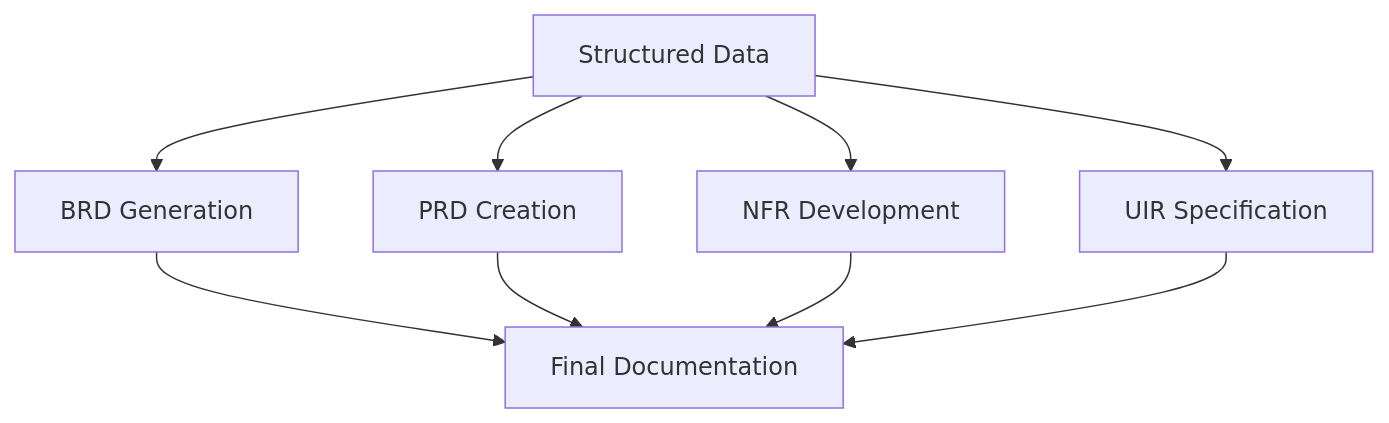
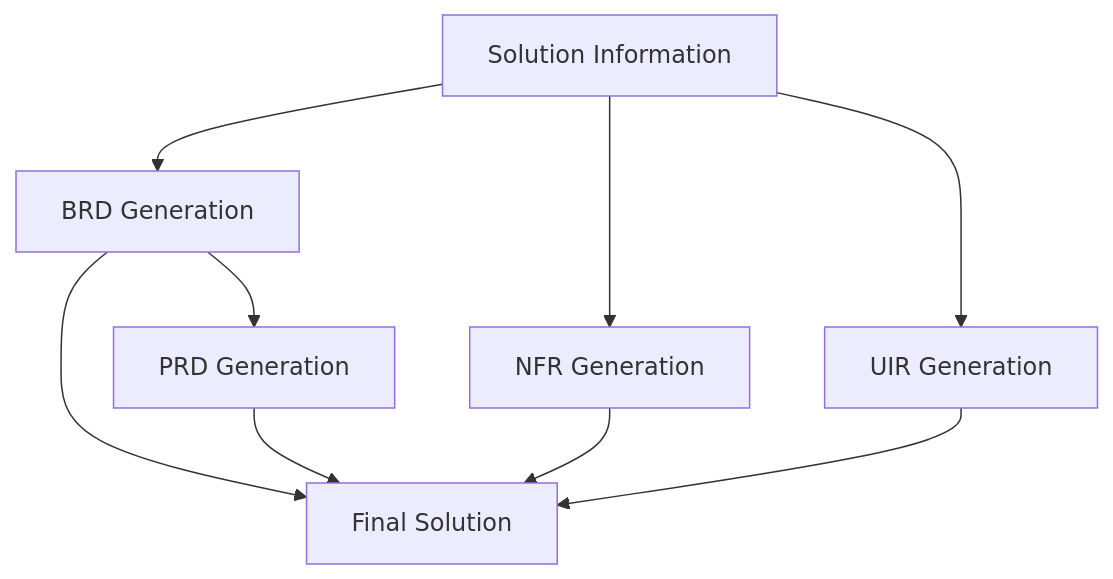
Before and after one commit to presidio-oss/specif-ai: the diagram in docs/advanced-features.md, drawn with Mermaid. The commit also changed other lines of this file and 4 other files, not shown here.

````diff
--- a/docs/advanced-features.md
+++ b/docs/advanced-features.md
@@ -36,11 +70,11 @@
-   ```mermaid
-   graph TD
-     A[Structured Data] --> B[BRD Generation]
-     A --> C[PRD Creation]
-     A --> D[NFR Development]
-     A --> E[UIR Specification]
-     B --> F[Final Documentation]
-     C --> F
-     D --> F
-     E --> F
-   ```
+    ```mermaid
+    graph TD
+      A[Solution Information] --> B[BRD Generation]
+      B --> C[PRD Generation]
+      A --> D[NFR Generation]
+      A --> E[UIR Generation]
+      B --> F[Final Solution]
+      C --> F
+      D --> F
+      E --> F
+    ```
````
